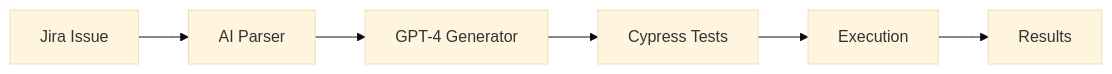
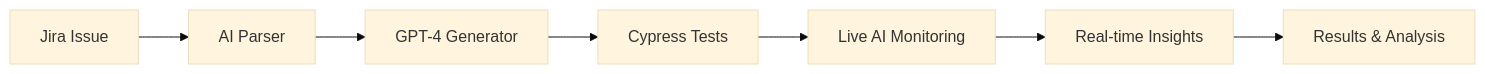
One commit to aiqualitylab/AI-Powered-Cypress-End-To-End-Test-Automation changed the diagram in README.md. Above: the diagram before and after it, drawn with Mermaid (base theme). The commit also changed other lines of this file, not shown here.

````diff
--- a/README.md
+++ b/README.md
@@ -24,8 +46,9 @@
 ```mermaid
 graph LR
     A[Jira Issue] --> B[AI Parser]
     B --> C[GPT-4 Generator]
     C --> D[Cypress Tests]
-    D --> E[Execution]
-    E --> F[Results]
+    D --> E[Live AI Monitoring]
+    E --> F[Real-time Insights]
+    F --> G[Results & Analysis]
 ```
````
